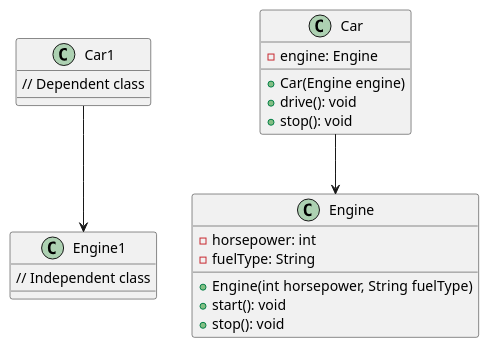
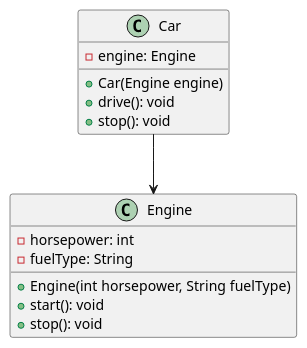
The diagram in src/main/java/com/uml/a1dependency/Dependency.puml (nitinkc/Design-Patterns-learning), drawn with PlantUML before and after one commit. The commit also changed 23 other files, not shown here.

```diff
--- a/src/main/java/com/uml/a1dependency/Dependency.puml
+++ b/src/main/java/com/uml/a1dependency/Dependency.puml
@@ -1,32 +1,22 @@
 @startuml
-class Car1 {
-    // Dependent class
-}
-
-class Engine1 {
-    // Independent class
-}
-
-Car1 --> Engine1
-
 class Engine {
     - horsepower: int
     - fuelType: String
 
     + Engine(int horsepower, String fuelType)
     + start(): void
     + stop(): void
 }
 
 class Car {
     - engine: Engine
 
     + Car(Engine engine)
     + drive(): void
     + stop(): void
 }
 
 Car --> Engine
 
 
 @enduml
```
